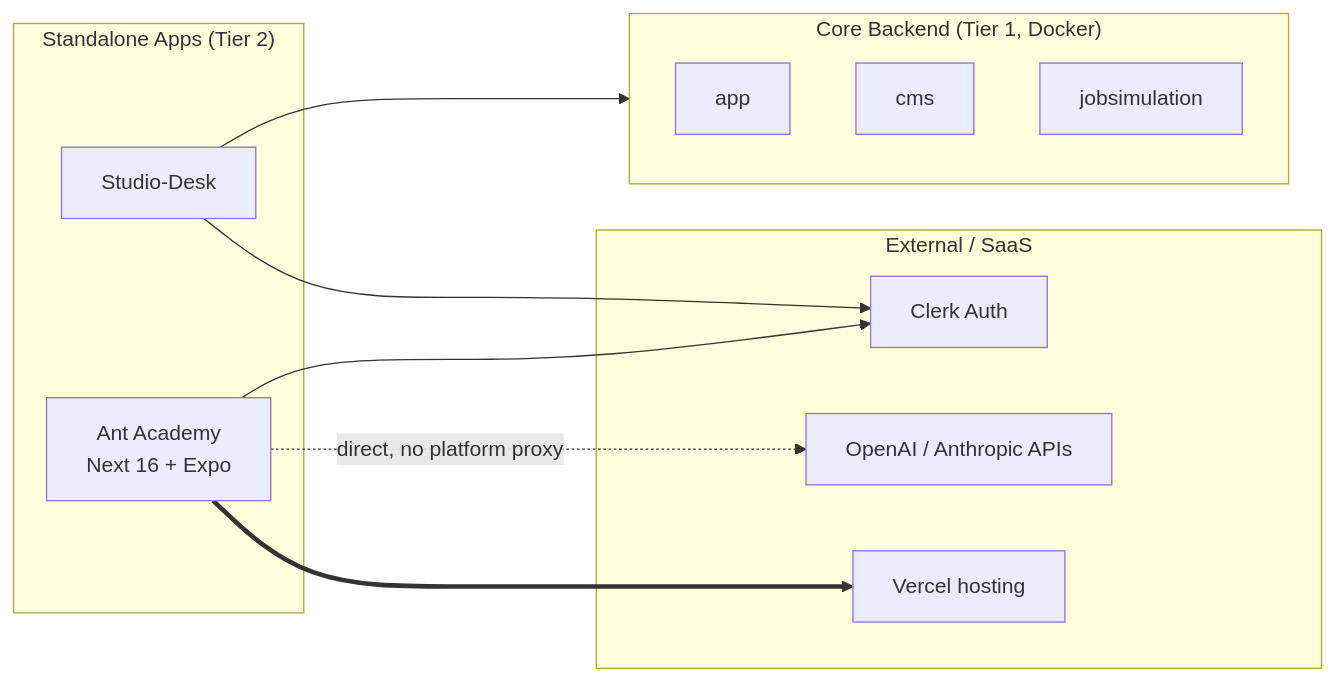
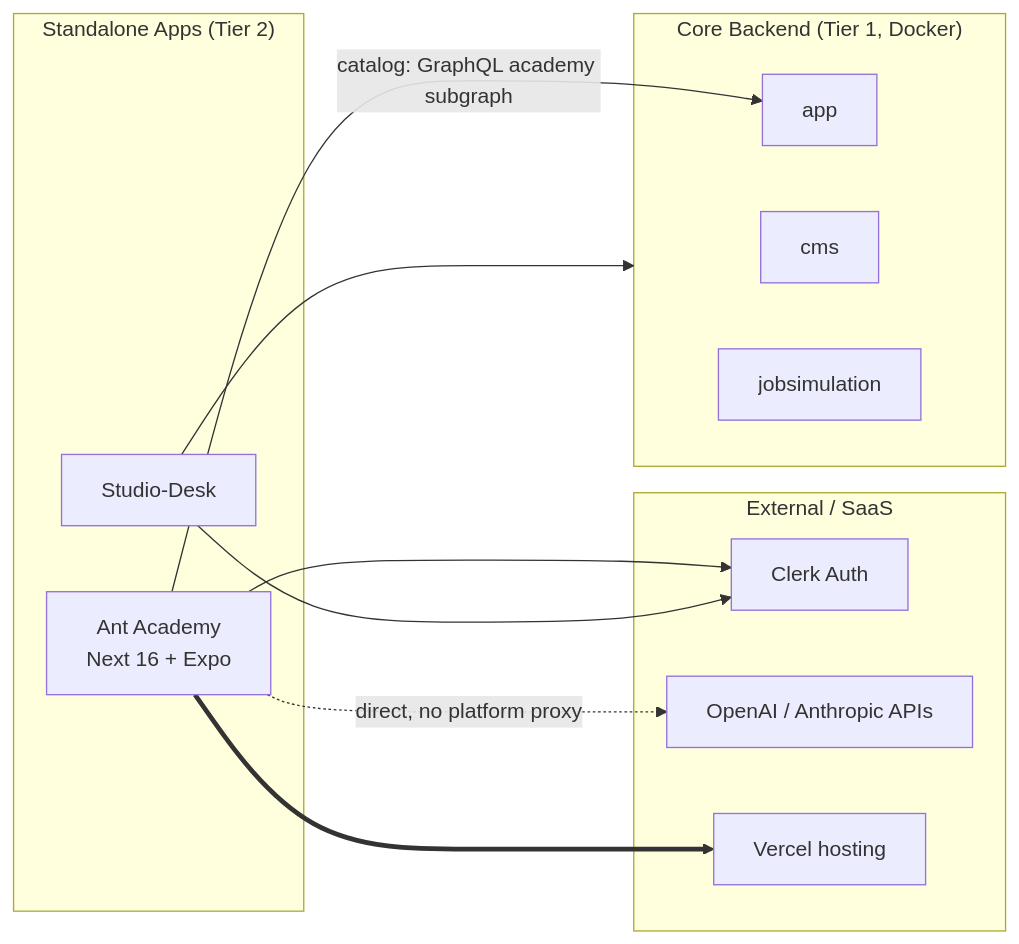
Before and after one commit to anthropos-work/rosetta: the diagram in corpus/services/ant-academy.md, drawn with Mermaid. The commit also changed other lines of this file and 3 other files, not shown here.

````diff
--- a/corpus/services/ant-academy.md
+++ b/corpus/services/ant-academy.md
@@ -65,25 +65,26 @@
 ```mermaid
 graph LR
     subgraph External["External / SaaS"]
         Clerk[Clerk Auth]
         OpenAI[OpenAI / Anthropic APIs]
         Vercel[Vercel hosting]
     end
 
     subgraph Standalone["Standalone Apps (Tier 2)"]
         Academy[Ant Academy<br/>Next 16 + Expo]
         Desk[Studio-Desk]
     end
 
     subgraph Core["Core Backend (Tier 1, Docker)"]
         App[app]
         CMS[cms]
         Jobsim[jobsimulation]
     end
 
     Academy --> Clerk
+    Academy -->|catalog: GraphQL academy subgraph| App
     Academy -.->|direct, no platform proxy| OpenAI
     Academy ==> Vercel
     Desk --> Clerk
     Desk --> Core
 ```
````
